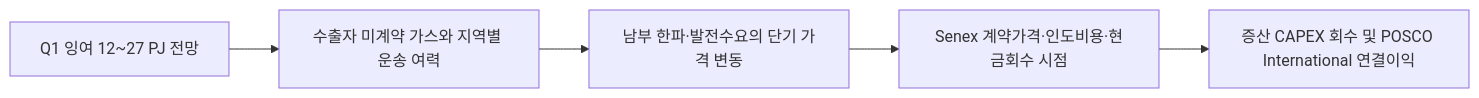
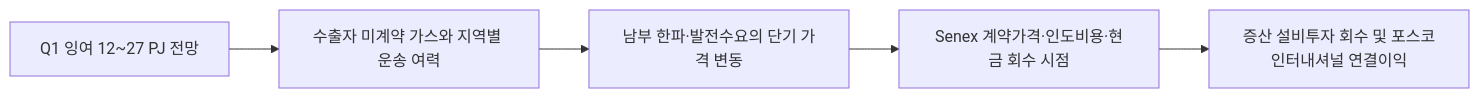
Before and after one commit to arik1988/posco-market-sensing-wiki: the diagram in market-sensing-wiki/signals/SIG-C50E661E92FD.md, drawn with Mermaid. The commit also changed other lines of this file and 143 other files, not shown here.

````diff
--- a/market-sensing-wiki/signals/SIG-C50E661E92FD.md
+++ b/market-sensing-wiki/signals/SIG-C50E661E92FD.md
@@ -74,7 +134,7 @@
 ```mermaid
 flowchart LR
  A[Q1 잉여 12~27 PJ 전망] --> B[수출자 미계약 가스와 지역별 운송 여력]
  B --> C[남부 한파·발전수요의 단기 가격 변동]
- C --> D[Senex 계약가격·인도비용·현금회수 시점]
- D --> E[증산 CAPEX 회수 및 POSCO International 연결이익]
+ C --> D[Senex 계약가격·인도비용·현금 회수 시점]
+ D --> E[증산 설비투자 회수 및 포스코인터내셔널 연결이익]
 ```
````
